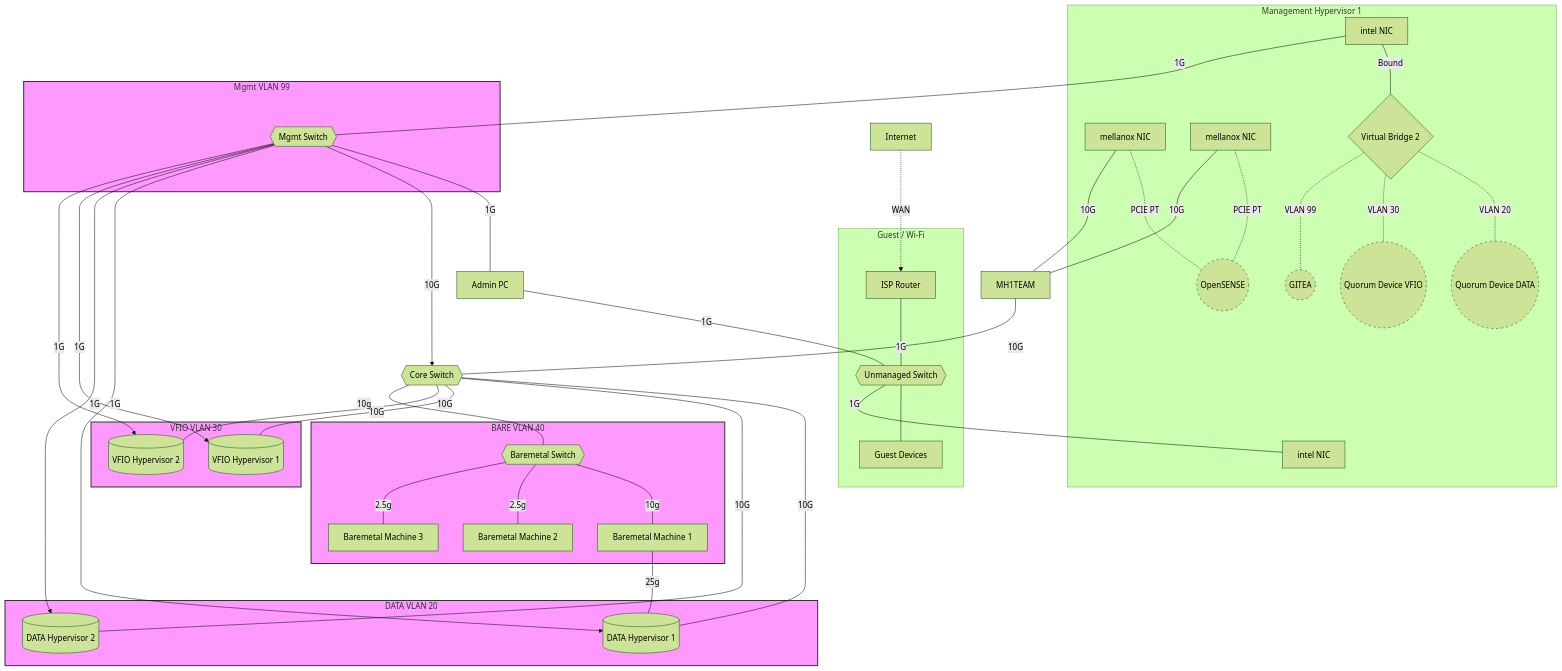
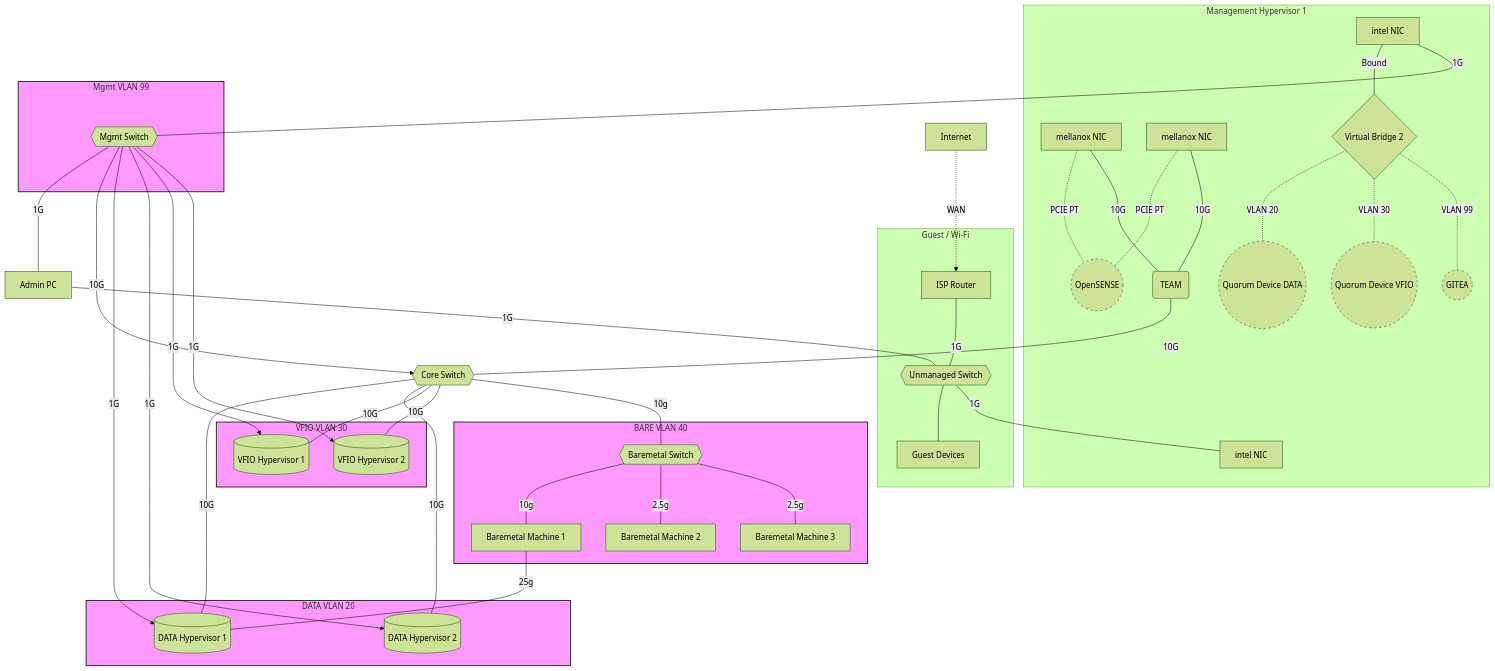
The diagram in alp/netop.md (woeiru/lab), drawn with Mermaid (forest theme) before and after one commit.

Commit message:
standard

````diff
--- a/alp/netop.md
+++ b/alp/netop.md
@@ -3,79 +3,80 @@
 ```mermaid
 graph TD
     subgraph MH1[Management Hypervisor 1]
         MH1NIC1[intel NIC]
         MH1NIC2[intel NIC]
         MH1NIC3[mellanox NIC]
         MH1NIC4[mellanox NIC]
         MH1NIC3 -.-|"PCIE PT"| OPN
         MH1NIC4 -.-|"PCIE PT"| OPN
         VB2{Virtual Bridge 2}
         MH1NIC2 ---|"Bound"| VB2
         OPN((OpenSENSE))
         QDV((Quorum Device VFIO))
         QDD((Quorum Device DATA))
         GIT((GITEA))
+        MH1TEAM(TEAM)
     end
 
     INT[Internet] -.-> |WAN| ISPR[ISP Router]
     ISPR --- |"1G"| US{{Unmanaged Switch}}
     US --- GD[Guest Devices]
     US ---|1G| MH1NIC1
 
     MS{{Mgmt Switch}} ---|"1G"| APC[Admin PC]
     APC ---|"1G"| US
 
     MH1NIC2 ---|"1G"| MS
     MH1NIC3 ---|"10G"| MH1TEAM
     MH1NIC4 ---|"10G"| MH1TEAM
     MH1TEAM ---|"10G"| CS{{Core Switch}}
 
     MS --->|"10G"| CS
     MS --->|"1G"| DH1
     MS --->|"1G"| DH2
     MS --->|"1G"| VH1
     MS --->|"1G"| VH2
 
     CS ---|"10G"| DH1[(DATA Hypervisor 1)]
     CS ---|"10G"| DH2[(DATA Hypervisor 2)]
     CS ---|"10G"| VH1[(VFIO Hypervisor 1)]
     CS ---|"10G"| VH2[(VFIO Hypervisor 2)]
 
     CS ---|"10g"| BMS{{Baremetal Switch}}
     BMS ---|"10g"| BM1[Baremetal Machine 1]
     BM1 ---|"25g"| DH1
     BMS ---|"2.5g"| BM2[Baremetal Machine 2]
     BMS ---|"2.5g"| BM3[Baremetal Machine 3]
 
     subgraph VLAN20 [DATA VLAN 20]
         DH1
         DH2
     end
     subgraph VLAN30 [VFIO VLAN 30]
         VH1
         VH2
     end
     subgraph VLAN40 [BARE VLAN 40]
         BMS
         BM1 
         BM2 
         BM3 
     end
     subgraph VLAN99 [Mgmt VLAN 99]
         MS
     end
     subgraph Guest [Guest / Wi-Fi]
         ISPR
         GD
         US
     end
 
     VB2 -.-|VLAN 20| QDD
     VB2 -.-|VLAN 30| QDV
     VB2 -.-|VLAN 99| GIT
 
     classDef punctuated stroke-dasharray: 5 5;
-    class GIT,QDV,QDD,OPN punctuated;
+    class TEAM,GIT,QDV,QDD,OPN punctuated;
     classDef vlan fill:#f9f,stroke:#333,stroke-width:2px;
     class VLAN20,VLAN30,VLAN40,VLAN99 vlan;
 ```
````
